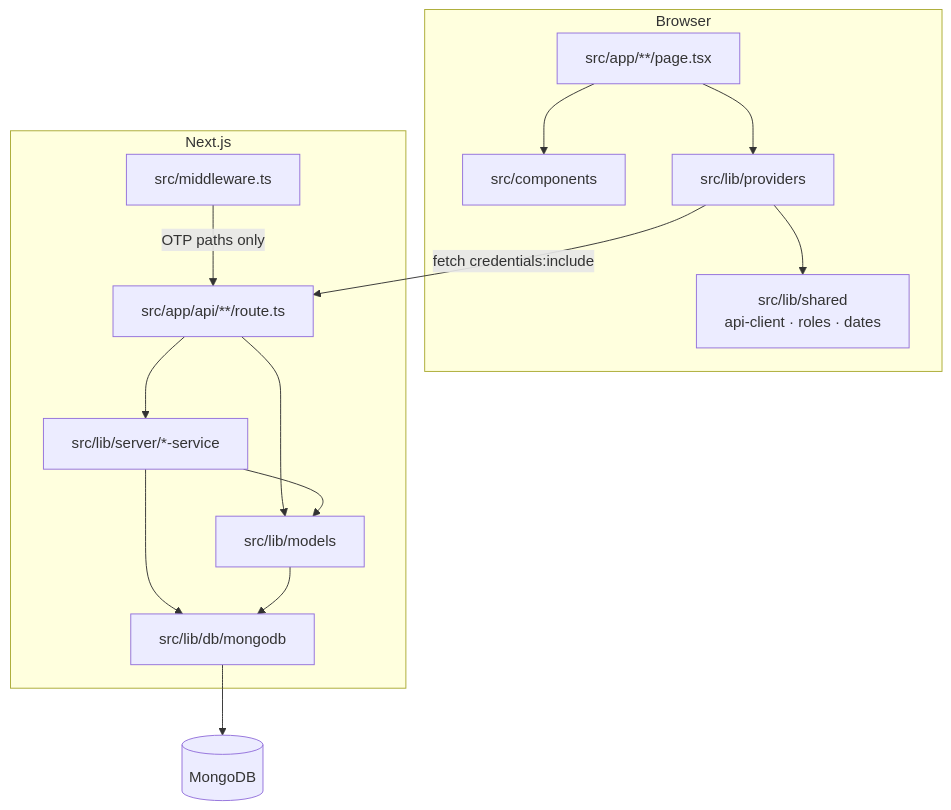
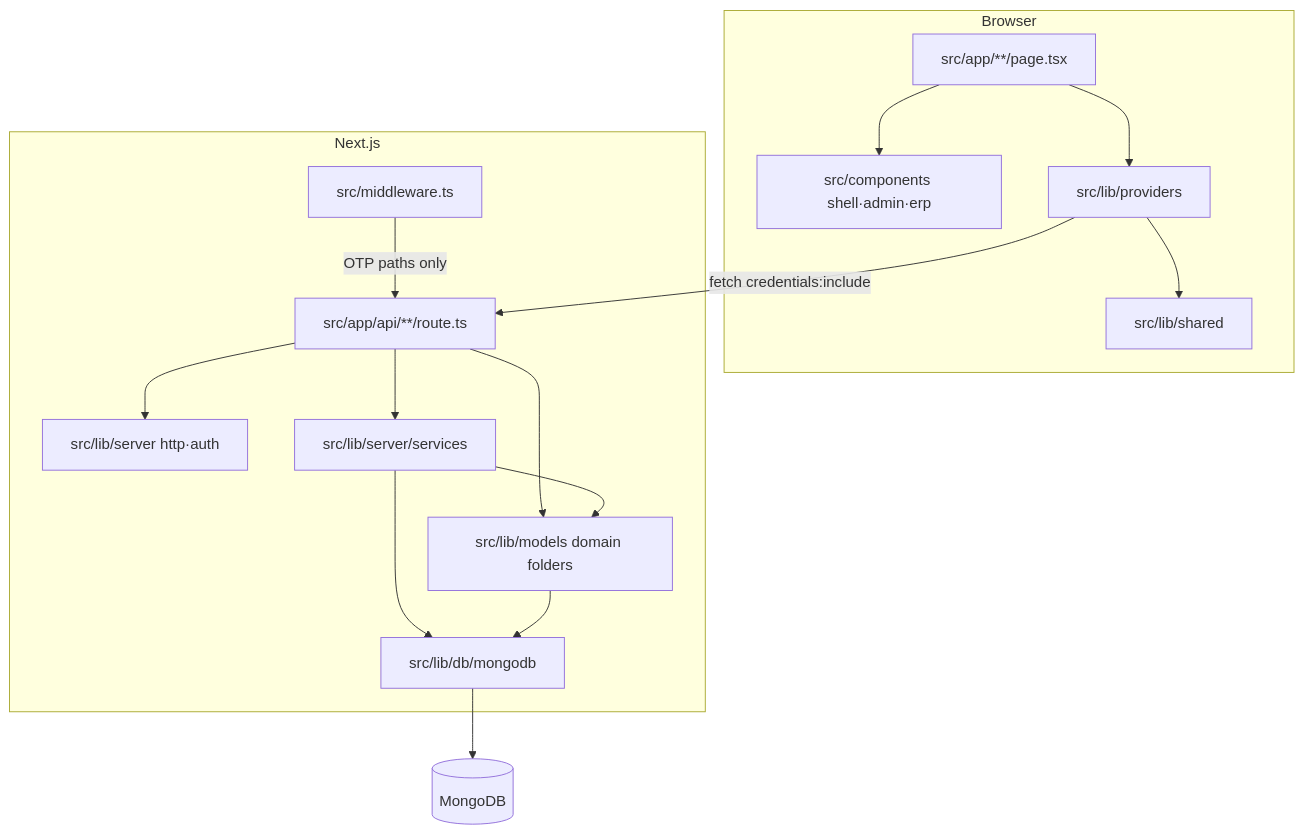
One commit to 3techpillar/schoolconnectAI changed the first of 2 diagrams in docs/ARCHITECTURE.md. Above: the diagram before and after it, drawn with Mermaid. The commit also changed other lines of this file and 469 other files, not shown here.

````diff
--- a/docs/ARCHITECTURE.md
+++ b/docs/ARCHITECTURE.md
@@ -73,28 +59,30 @@
 ```mermaid
 flowchart TB
   subgraph browser [Browser]
     Pages["src/app/**/page.tsx"]
-    Components["src/components"]
+    Components["src/components shell·admin·erp"]
     Providers["src/lib/providers"]
-    Shared["src/lib/shared<br/>api-client · roles · dates"]
+    Shared["src/lib/shared"]
   end
   subgraph next [Next.js]
     MW["src/middleware.ts"]
     Api["src/app/api/**/route.ts"]
-    Server["src/lib/server/*-service"]
-    Models["src/lib/models"]
+    Infra["src/lib/server http·auth"]
+    Server["src/lib/server/services"]
+    Models["src/lib/models domain folders"]
     DB["src/lib/db/mongodb"]
   end
   Mongo[(MongoDB)]
   Pages --> Components
   Pages --> Providers
   Providers --> Shared
   Providers -->|fetch credentials:include| Api
   MW -->|OTP paths only| Api
+  Api --> Infra
   Api --> Server
   Api --> Models
   Server --> Models
   Server --> DB
   Models --> DB
   DB --> Mongo
 ```
````
